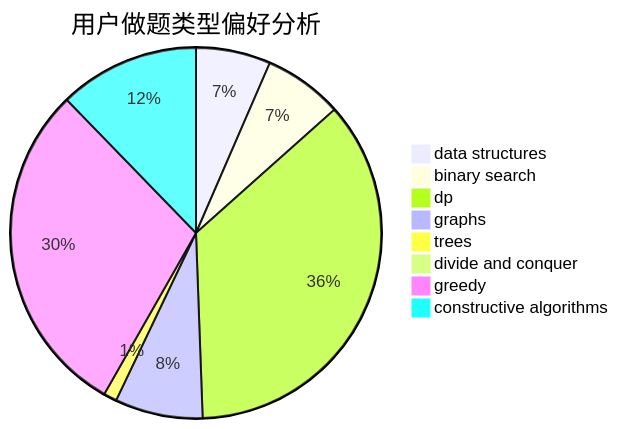
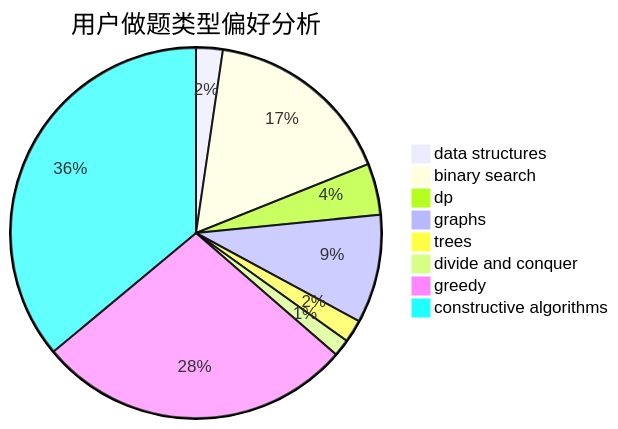
One commit to sherpahu/cfrs.github.io changed the second of 3 diagrams in docs/user/u935.md. Above: the diagram before and after it, drawn with Mermaid. The commit also changed other lines of this file and 2770 other files, not shown here.

````diff
--- a/docs/user/u935.md
+++ b/docs/user/u935.md
@@ -23,11 +23,11 @@
 ```mermaid
 pie title 用户做题类型偏好分析
-    "data structures" :  17
-    "binary search" :  18
-    "dp" :  94
-    "graphs" :  20
-    "trees" :  3
-    "divide and conquer" :  0
-    "greedy" :  77
-    "constructive algorithms" :  32
+    "data structures" :  14
+    "binary search" :  100
+    "dp" :  27
+    "graphs" :  57
+    "trees" :  12
+    "divide and conquer" :  9
+    "greedy" :  166
+    "constructive algorithms" :  217
 ```
````
